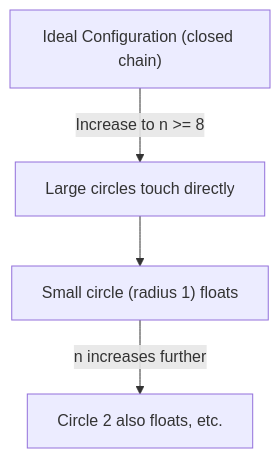
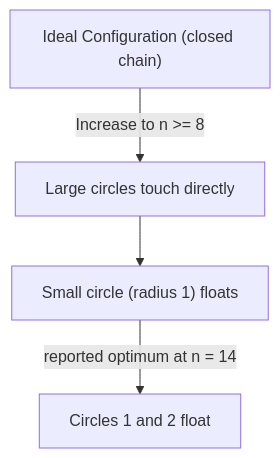
Before and after one commit to falker47/ringmin: the diagram in README.md, drawn with Mermaid. The commit also changed other lines of this file and 26 other files, not shown here.

````diff
--- a/README.md
+++ b/README.md
@@ -122,6 +133,6 @@
 ```mermaid
 graph TD
     A["Ideal Configuration (closed chain)"] -->|Increase to n >= 8| B["Large circles touch directly"]
     B --> C["Small circle (radius 1) floats"]
-    C -->|n increases further| D["Circle 2 also floats, etc."]
+    C -->|reported optimum at n = 14| D["Circles 1 and 2 float"]
 ```
````
